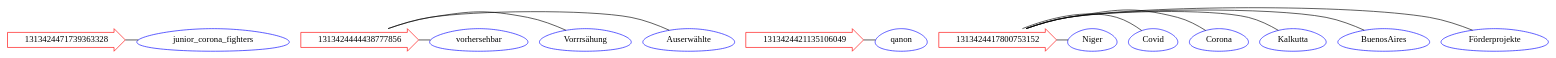
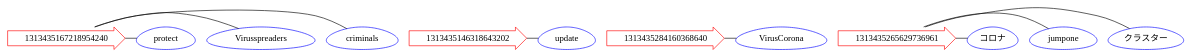
The diagram in tweets_hashtags.gv (aaiit/Data-Extraction), drawn with Graphviz before and after one commit. The commit also changed 17 other files, not shown here.

```diff
--- a/tweets_hashtags.gv
+++ b/tweets_hashtags.gv
@@ -1,43 +1,34 @@
 graph {
 	node [color=red shape=rarrow]
-	1313424471739363328 [label=1313424471739363328]
+	1313435167218954240 [label=1313435167218954240]
 	node [color=blue shape=egg]
-	junior_corona_fighters [label=junior_corona_fighters]
-	1313424471739363328 -- junior_corona_fighters [constraint=false]
+	protect [label=protect]
+	1313435167218954240 -- protect [constraint=false]
+	node [color=blue shape=egg]
+	Virusspreaders [label=Virusspreaders]
+	1313435167218954240 -- Virusspreaders [constraint=false]
+	node [color=blue shape=egg]
+	criminals [label=criminals]
+	1313435167218954240 -- criminals [constraint=false]
 	node [color=red shape=rarrow]
-	1313424444438777856 [label=1313424444438777856]
+	1313435146318643202 [label=1313435146318643202]
 	node [color=blue shape=egg]
-	vorhersehbar [label=vorhersehbar]
-	1313424444438777856 -- vorhersehbar [constraint=false]
+	update [label=update]
+	1313435146318643202 -- update [constraint=false]
+	node [color=red shape=rarrow]
+	1313435284160368640 [label=1313435284160368640]
 	node [color=blue shape=egg]
-	"Vorrrsähung" [label="Vorrrsähung"]
-	1313424444438777856 -- "Vorrrsähung" [constraint=false]
+	VirusCorona [label=VirusCorona]
+	1313435284160368640 -- VirusCorona [constraint=false]
+	node [color=red shape=rarrow]
+	1313435265629736961 [label=1313435265629736961]
 	node [color=blue shape=egg]
-	"Auserwählte" [label="Auserwählte"]
-	1313424444438777856 -- "Auserwählte" [constraint=false]
-	node [color=red shape=rarrow]
-	1313424421135106049 [label=1313424421135106049]
+	"コロナ" [label="コロナ"]
+	1313435265629736961 -- "コロナ" [constraint=false]
 	node [color=blue shape=egg]
-	qanon [label=qanon]
-	1313424421135106049 -- qanon [constraint=false]
-	node [color=red shape=rarrow]
-	1313424417800753152 [label=1313424417800753152]
+	jumpone [label=jumpone]
+	1313435265629736961 -- jumpone [constraint=false]
 	node [color=blue shape=egg]
-	Niger [label=Niger]
-	1313424417800753152 -- Niger [constraint=false]
-	node [color=blue shape=egg]
-	Covid [label=Covid]
-	1313424417800753152 -- Covid [constraint=false]
-	node [color=blue shape=egg]
-	Corona [label=Corona]
-	1313424417800753152 -- Corona [constraint=false]
-	node [color=blue shape=egg]
-	Kalkutta [label=Kalkutta]
-	1313424417800753152 -- Kalkutta [constraint=false]
-	node [color=blue shape=egg]
-	BuenosAires [label=BuenosAires]
-	1313424417800753152 -- BuenosAires [constraint=false]
-	node [color=blue shape=egg]
-	"Förderprojekte" [label="Förderprojekte"]
-	1313424417800753152 -- "Förderprojekte" [constraint=false]
+	"クラスター" [label="クラスター"]
+	1313435265629736961 -- "クラスター" [constraint=false]
 }
```
